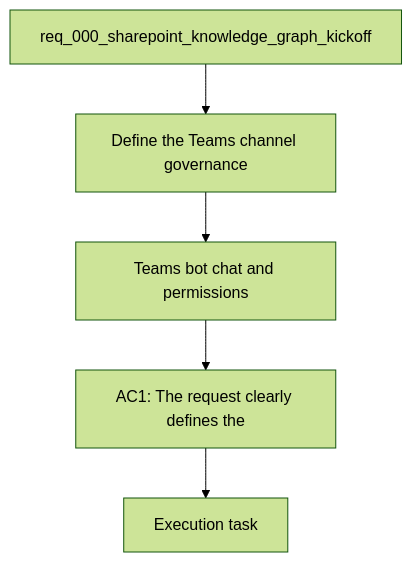
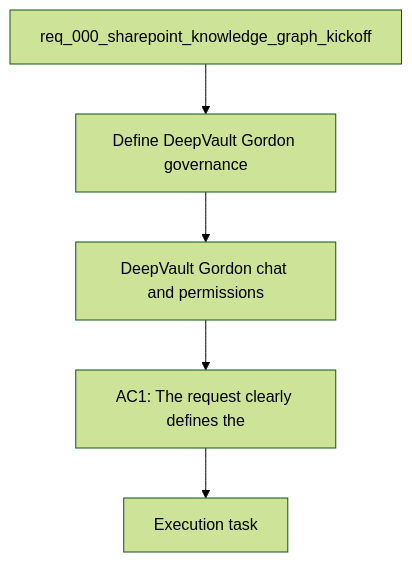
Before and after one commit to AlexAgo83/deepvault: the diagram in logics/backlog/item_004_teams_bot_chat_and_permissions.md, drawn with Mermaid (forest theme). The commit also changed other lines of this file and 21 other files, not shown here.

Commit message:
Update DeepVault naming and Azure hosting docs

````diff
--- a/logics/backlog/item_004_teams_bot_chat_and_permissions.md
+++ b/logics/backlog/item_004_teams_bot_chat_and_permissions.md
@@ -23,9 +23,9 @@
 ```mermaid
 %% logics-kind: backlog
-%% logics-signature: backlog|teams-bot-chat-and-permissions|req-000-sharepoint-knowledge-graph-kicko|define-the-teams-channel-governance-and|ac1-the-request-clearly-defines-the
+%% logics-signature: backlog|deepvault-gordon-chat-and-permissions|req-000-sharepoint-knowledge-graph-kicko|define-the-deepvault-gordon-channel|ac1-the-request-clearly-defines-the
 flowchart TD
-    Request[req_000_sharepoint_knowledge_graph_kickoff] --> Problem[Define the Teams channel governance]
-    Problem --> Scope[Teams bot chat and permissions]
+    Request[req_000_sharepoint_knowledge_graph_kickoff] --> Problem[Define DeepVault Gordon governance]
+    Problem --> Scope[DeepVault Gordon chat and permissions]
     Scope --> Acceptance[AC1: The request clearly defines the]
     Acceptance --> Tasks[Execution task]
 ```
````
